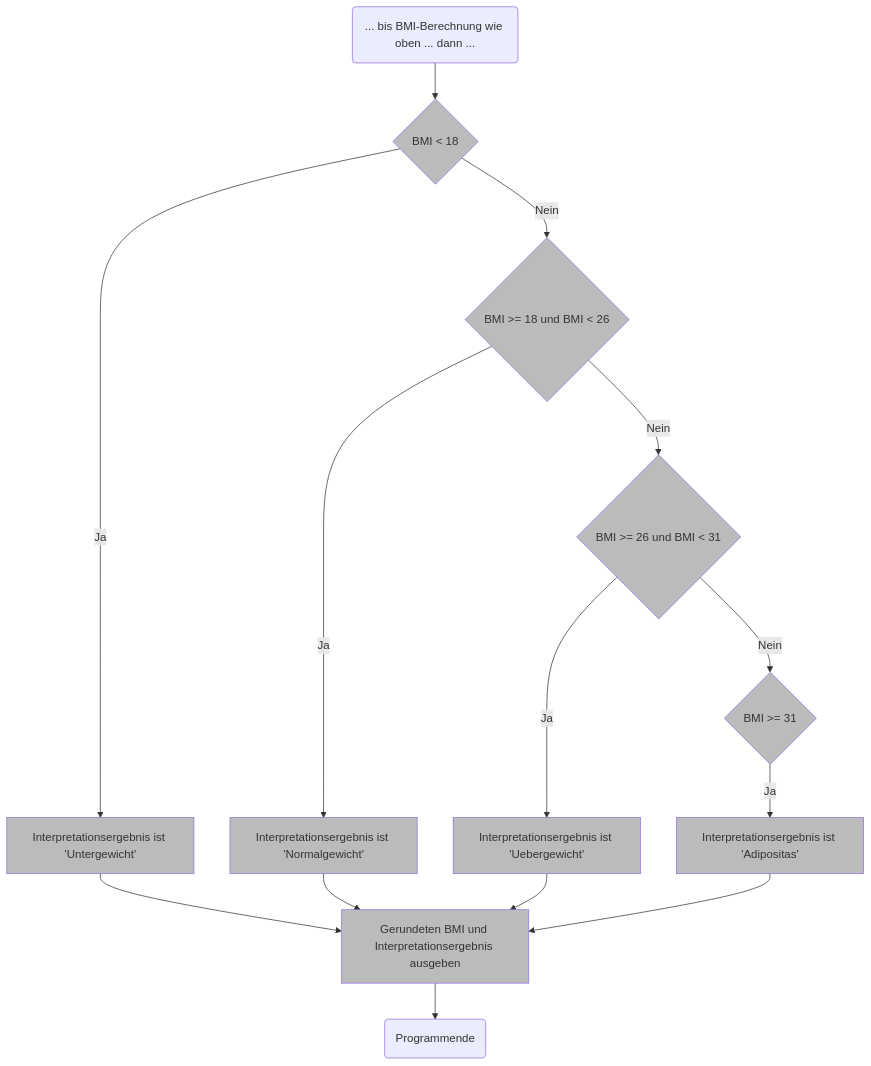
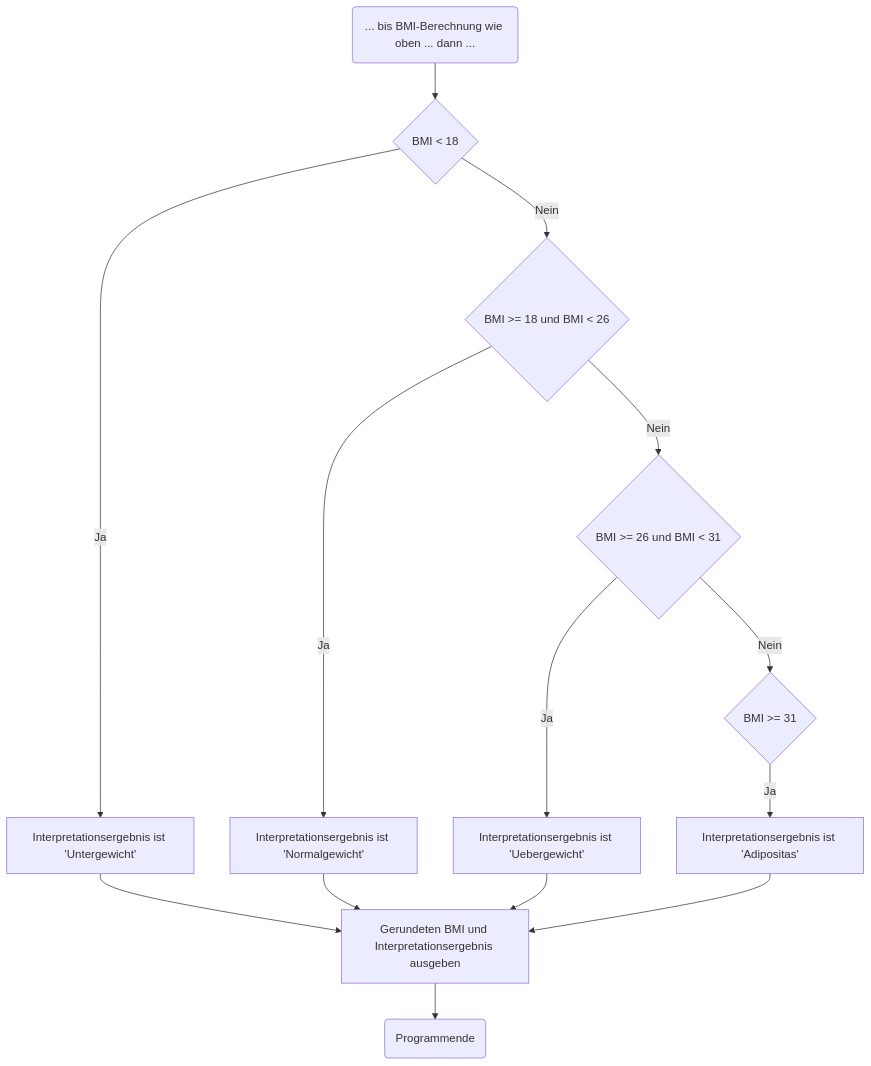
One commit to clander/voprogrammieren changed the third of 4 diagrams in VO-Teil-1/GrundkonzepteProgrammierung/BMI/README.md. Above: the diagram before and after it, drawn with Mermaid. The commit also changed other lines of this file, not shown here.

Commit message:
Refactoring Druck

````diff
--- a/VO-Teil-1/GrundkonzepteProgrammierung/BMI/README.md
+++ b/VO-Teil-1/GrundkonzepteProgrammierung/BMI/README.md
@@ -201,22 +199,20 @@
 ```mermaid
 flowchart TD
     A(... bis BMI-Berechnung wie oben ... dann ...) --> J{BMI < 18}
-    J:::neu -- Ja --> K[Interpretationsergebnis ist 'Untergewicht']:::neu
-    K --> R:::neu
+    J -- Ja --> K[Interpretationsergebnis ist 'Untergewicht']
+    K --> R
 
     J -- Nein --> L{BMI >= 18 und BMI < 26}
-    L -- Ja --> M[Interpretationsergebnis ist 'Normalgewicht']:::neu
-    L:::neu -- Nein --> N:::neu
+    L -- Ja --> M[Interpretationsergebnis ist 'Normalgewicht']
+    L -- Nein --> N
     
     M --> R
     N{BMI >= 26 und BMI < 31} -- Ja --> O[Interpretationsergebnis ist 'Uebergewicht']
-    O:::neu --> R
+    O --> R
     N -- Nein --> P
 
-    P{BMI >= 31}:::neu -- Ja --> Q[Interpretationsergebnis ist 'Adipositas']:::neu
-    Q --> R[Gerundeten BMI und Interpretationsergebnis ausgeben]:::neu
+    P{BMI >= 31} -- Ja --> Q[Interpretationsergebnis ist 'Adipositas']
+    Q --> R[Gerundeten BMI und Interpretationsergebnis ausgeben]
 
     R --> S(Programmende)
-
-    classDef neu fill:#bbb
 ```
````
